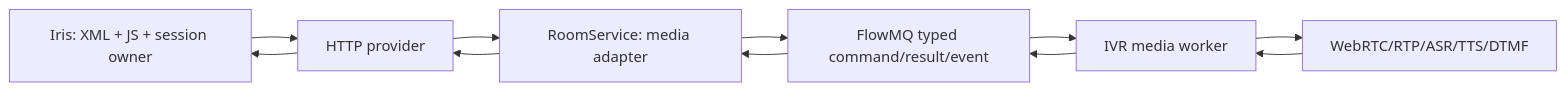
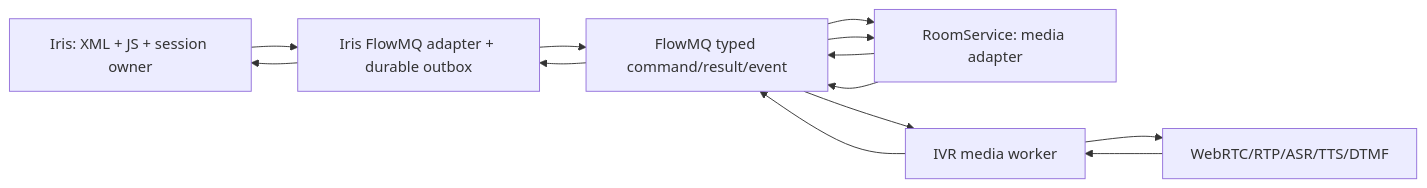
Before and after one commit to qigao/turbomedia: the diagram in webrtc/ivr/README.md, drawn with Mermaid. The commit also changed other lines of this file and 74 other files, not shown here.

Commit message:
refactor(webrtc): migrate FlowMQ and TurboDB ORM

````diff
--- a/webrtc/ivr/README.md
+++ b/webrtc/ivr/README.md
@@ -14,12 +14,12 @@
 ```mermaid
 flowchart LR
   Iris[Iris: XML + JS + session owner]
-  HTTP[HTTP provider]
+  IrisMQ[Iris FlowMQ adapter + durable outbox]
   Room[RoomService: media adapter]
   MQ[FlowMQ typed command/result/event]
   Worker[IVR media worker]
   Media[WebRTC/RTP/ASR/TTS/DTMF]
 
-  Iris --> HTTP --> Room --> MQ --> Worker --> Media
-  Media --> Worker --> MQ --> Room --> HTTP --> Iris
+  Iris --> IrisMQ --> MQ --> Room --> MQ --> Worker --> Media
+  Media --> Worker --> MQ --> Room --> MQ --> IrisMQ --> Iris
 ```
````
